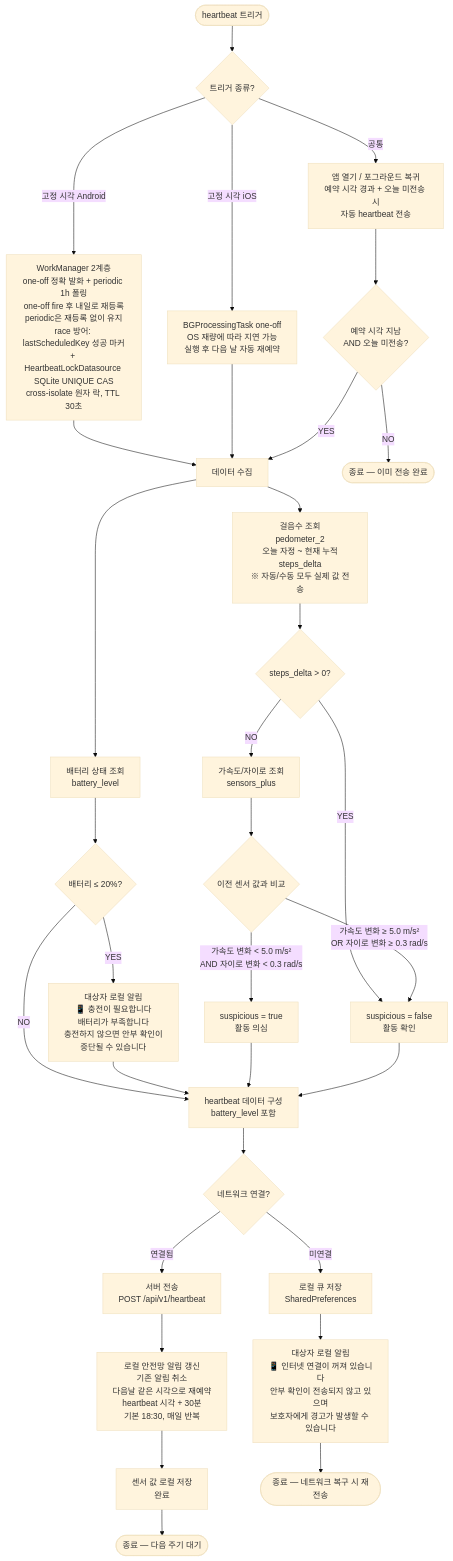
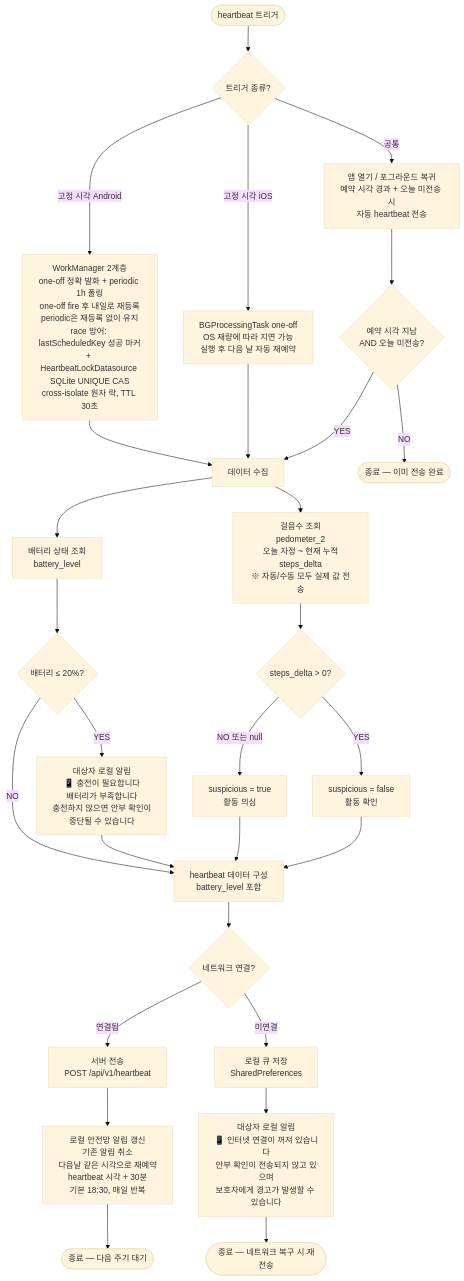
Before and after one commit to l10s18bok/kr.co.anbucheck: the first of 8 diagrams in .claude/rules/heartbeat_flowchart.md, drawn with Mermaid (base theme). The commit also changed 3 other files, not shown here.

First line of the commit message:
문서: sensors_plus 제거 및 걸음수 단독 suspicious 판정 반영

````diff
--- a/.claude/rules/heartbeat_flowchart.md
+++ b/.claude/rules/heartbeat_flowchart.md
@@ -25,54 +25,48 @@
 ```mermaid
 flowchart TD
     Start([heartbeat 트리거])
     Start --> Trigger
 
     Trigger{트리거 종류?}
     Trigger -->|고정 시각 Android| WM[WorkManager 2계층<br/>one-off 정확 발화 + periodic 1h 폴링<br/>one-off fire 후 내일로 재등록<br/>periodic은 재등록 없이 유지<br/>race 방어: lastScheduledKey 성공 마커<br/>+ HeartbeatLockDatasource SQLite UNIQUE CAS<br/>cross-isolate 원자 락, TTL 30초]
     Trigger -->|고정 시각 iOS| BG[BGProcessingTask one-off<br/>OS 재량에 따라 지연 가능<br/>실행 후 다음 날 자동 재예약]
     Trigger -->|공통| FG[앱 열기 / 포그라운드 복귀<br/>예약 시각 경과 + 오늘 미전송 시<br/>자동 heartbeat 전송]
 
     WM --> Collect
     BG --> Collect
     FG --> FGCheck{예약 시각 지남<br/>AND 오늘 미전송?}
     FGCheck -->|YES| Collect
     FGCheck -->|NO| End0([종료 — 이미 전송 완료])
 
     Collect[데이터 수집]
     Collect --> Steps[걸음수 조회<br/>pedometer_2<br/>오늘 자정 ~ 현재 누적<br/>steps_delta<br/>※ 자동/수동 모두 실제 값 전송]
     Collect --> Battery[배터리 상태 조회<br/>battery_level]
 
     Steps --> StepsCheck{steps_delta > 0?}
     StepsCheck -->|YES| Normal[suspicious = false<br/>활동 확인]
-    StepsCheck -->|NO| Sensor[가속도/자이로 조회<br/>sensors_plus]
-
-    Sensor --> Compare{이전 센서 값과 비교}
-    Compare -->|가속도 변화 < 5.0 m/s²<br/>AND 자이로 변화 < 0.3 rad/s| Suspicious[suspicious = true<br/>활동 의심]
-    Compare -->|가속도 변화 ≥ 5.0 m/s²<br/>OR 자이로 변화 ≥ 0.3 rad/s| Normal
+    StepsCheck -->|NO 또는 null| Suspicious[suspicious = true<br/>활동 의심]
 
     Battery --> BattCheck{배터리 ≤ 20%?}
     BattCheck -->|YES| SubjectNoti[대상자 로컬 알림<br/>📱 충전이 필요합니다<br/>배터리가 부족합니다<br/>충전하지 않으면 안부 확인이<br/>중단될 수 있습니다]
     BattCheck -->|NO| Build
 
     SubjectNoti --> Build
 
     Suspicious --> Build
     Normal --> Build
 
     Build[heartbeat 데이터 구성<br/>battery_level 포함]
 
     Build --> Network{네트워크 연결?}
 
     Network -->|연결됨| Send[서버 전송<br/>POST /api/v1/heartbeat]
     Network -->|미연결| Queue[로컬 큐 저장<br/>SharedPreferences]
 
     Queue --> LocalNoti1[대상자 로컬 알림<br/>📱 인터넷 연결이 꺼져 있습니다<br/>안부 확인이 전송되지 않고 있으며<br/>보호자에게 경고가 발생할 수 있습니다]
 
     Send --> AlarmReset[로컬 안전망 알림 갱신<br/>기존 알림 취소<br/>다음날 같은 시각으로 재예약<br/>heartbeat 시각 + 30분<br/>기본 18:30, 매일 반복]
 
-    AlarmReset --> SaveEnd[센서 값 로컬 저장<br/>완료]
-
-    SaveEnd --> End1([종료 — 다음 주기 대기])
+    AlarmReset --> End1([종료 — 다음 주기 대기])
 
     LocalNoti1 --> End2([종료 — 네트워크 복구 시 재전송])
 ```
````
